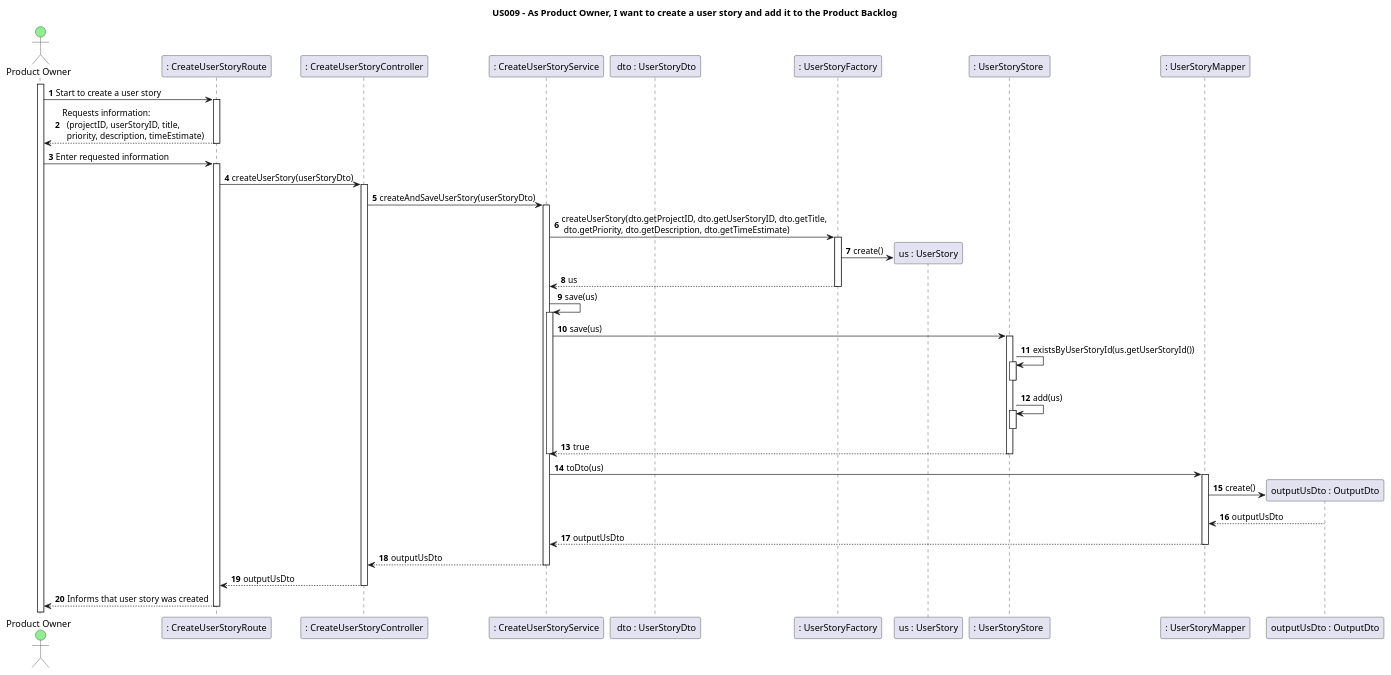
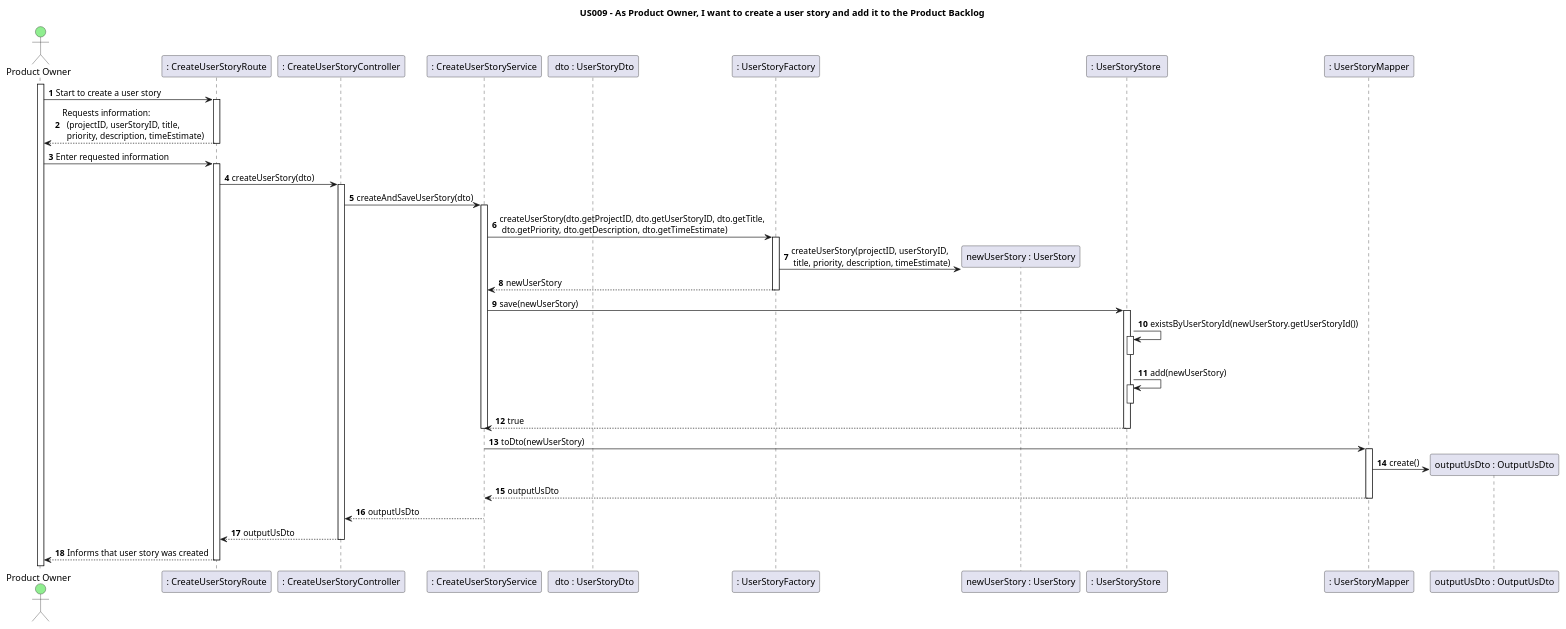
Before and after one commit to nunogon1211787/projectManagement: the diagram in docs/Sprint1/US009/US009RE-SD_2.puml, drawn with PlantUML. The commit also changed 32 other files, not shown here.

Commit message:
US009 - Refactor DS | Include DTO, Mapper, factory and service US009 - Implement UserStoryService US009 - Implement OutputUsDTO US009: Refactoring: CreateUserStoryController, class UserStory, UserStoryStore, UserStoryDTO (resolve #137)  (resolve #139)  (resolve #140)  (resolve #141)

```diff
--- a/docs/Sprint1/US009/US009RE-SD_2.puml
+++ b/docs/Sprint1/US009/US009RE-SD_2.puml
@@ -1,49 +1,47 @@
 @startuml
 'https://plantuml.com/sequence-diagram
 
 title US009 - As Product Owner, I want to create a user story and add it to the Product Backlog
 
 autoactivate on
 autonumber
 
 actor "Product Owner" as User #lightgreen
 participant ": CreateUserStoryRoute" as System
 participant ": CreateUserStoryController" as Ctrl
 participant ": CreateUserStoryService" as appService
 participant " dto : UserStoryDto" as usDto
 participant ": UserStoryFactory" as factory
-participant "us : UserStory" as us
+participant "newUserStory : UserStory" as us
 participant ": UserStoryStore " as usStore
 participant ": UserStoryMapper" as usMapper
-participant "outputUsDto : OutputDto" as outDto
+participant "outputUsDto : OutputUsDto" as outDto
 
 
 activate User
 
 
 User -> System: Start to create a user story
 System --> User : Requests information: \n  (projectID, userStoryID, title, \n  priority, description, timeEstimate)
 User -> System: Enter requested information
-System -> Ctrl: createUserStory(userStoryDto)
-Ctrl -> appService: createAndSaveUserStory(userStoryDto)
+System -> Ctrl: createUserStory(dto)
+Ctrl -> appService: createAndSaveUserStory(dto)
 appService -> factory:  createUserStory(dto.getProjectID, dto.getUserStoryID, dto.getTitle,\n dto.getPriority, dto.getDescription, dto.getTimeEstimate)
-factory -> us **: create()
-factory --> appService: us
-appService -> appService: save(us)
+factory -> us **: createUserStory(projectID, userStoryID, \n title, priority, description, timeEstimate)
+factory --> appService: newUserStory
 
-appService-> usStore: save(us)
-usStore-> usStore: existsByUserStoryId(us.getUserStoryId())
+appService-> usStore: save(newUserStory)
+usStore-> usStore: existsByUserStoryId(newUserStory.getUserStoryId())
 deactivate
-usStore-> usStore: add(us)
+usStore-> usStore: add(newUserStory)
 deactivate
 usStore --> appService : true
 deactivate
-appService-> usMapper : toDto(us)
+appService-> usMapper : toDto(newUserStory)
 usMapper-> outDto **:create()
-outDto-->usMapper: outputUsDto
 usMapper --> appService: outputUsDto
 appService --> Ctrl: outputUsDto
 Ctrl --> System: outputUsDto
 System--> User: Informs that user story was created
 
 @enduml
```
